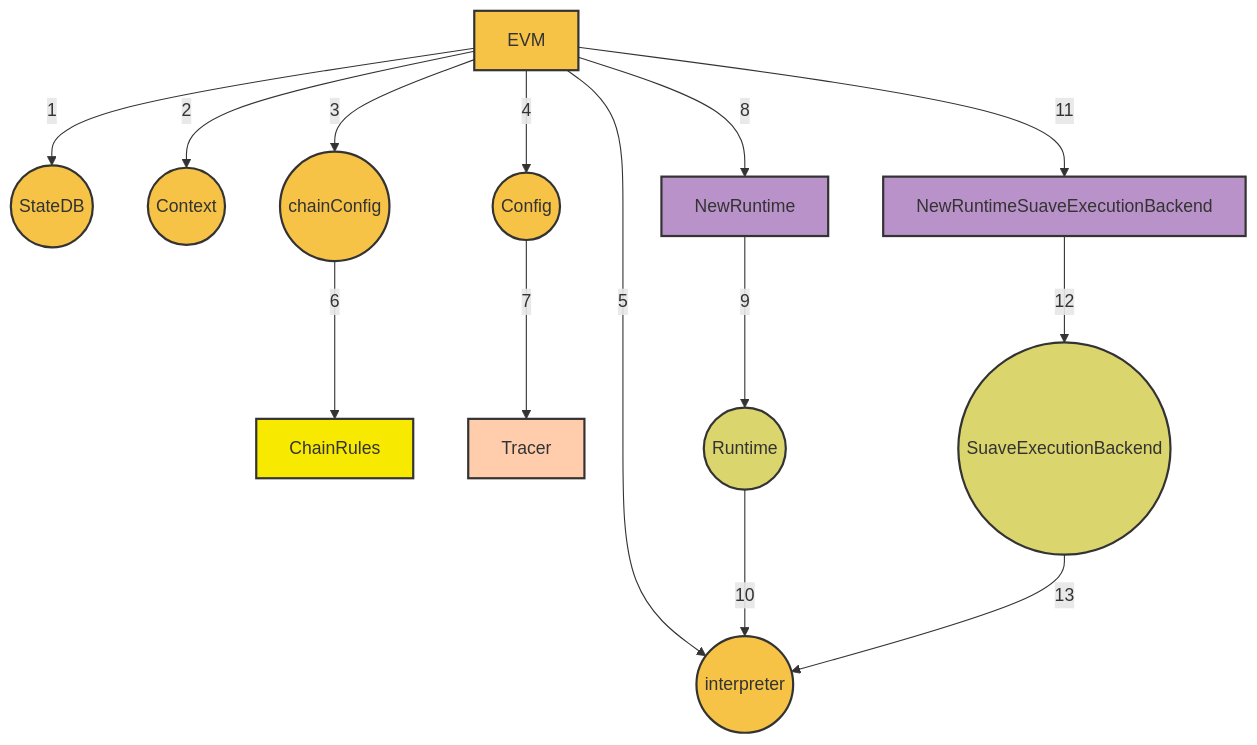
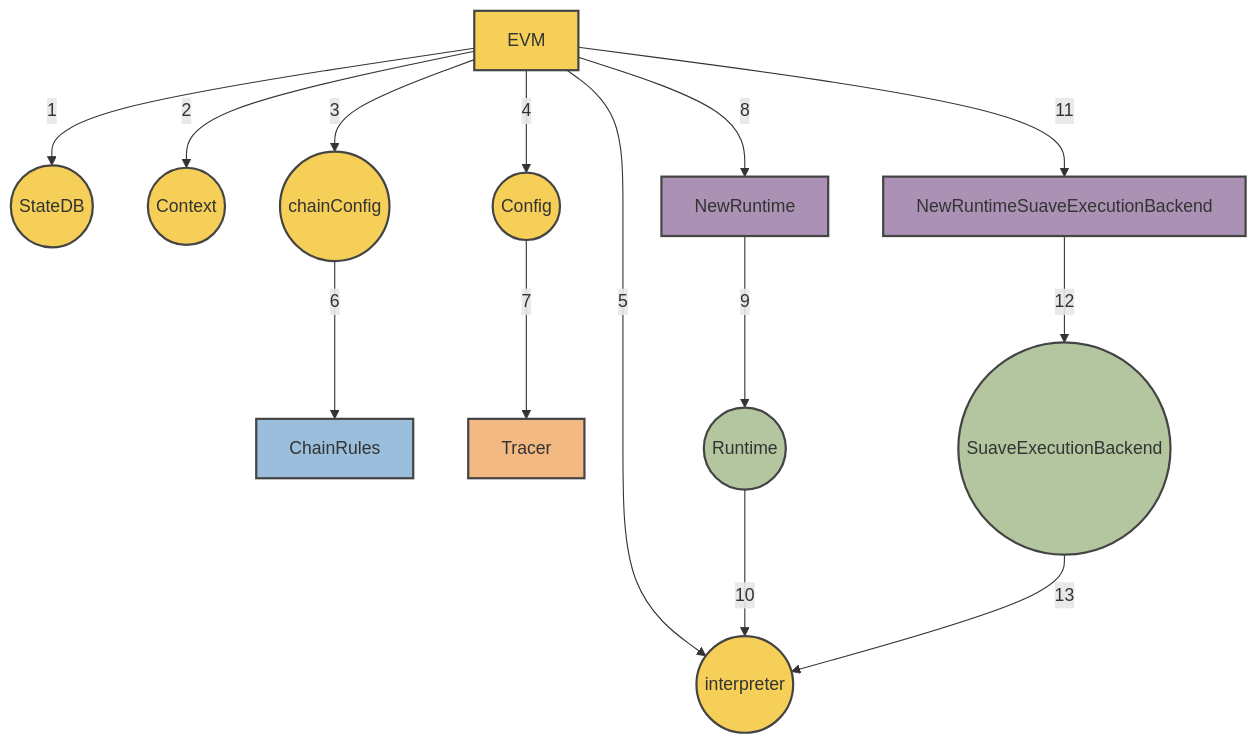
The diagram in suave/README.md (flashbots/suave-geth), drawn with Mermaid before and after one commit. The commit also changed other lines of this file and 1 other file, not shown here.

````diff
--- a/suave/README.md
+++ b/suave/README.md
@@ -112,30 +114,30 @@
 ```mermaid
 graph TB
     A[EVM]-->|1|B((StateDB))
     A-->|2|C((Context))
     A-->|3|D((chainConfig))
     A-->|4|E((Config))
     A-->|5|F((interpreter))
     D-->|6|R[ChainRules]
     E-->|7|S[Tracer]
     A-->|8|T[NewRuntime]
     T-->|9|Z((Runtime))
     Z-->|10|F
     A-->|11|U[NewRuntimeSuaveExecutionBackend]
     U-->|12|V((SuaveExecutionBackend))
     V-->|13|F
     class A,B,C,D,E,F yellow
     class G,H,I,J,K,L,M,N,O red
     class P,Q green
     class R blue
     class S orange
     class T,U purple
     class Z,V lightgreen
-    classDef yellow fill:#f6c347,stroke:#333,stroke-width:2px;
-    classDef red fill:#eaafa1,stroke:#333,stroke-width:2px;
-    classDef green fill:#96bb7c,stroke:#333,stroke-width:2px;
-    classDef blue fill:#f7ea00,stroke:#333,stroke-width:2px;
-    classDef orange fill:#ffcdab,stroke:#333,stroke-width:2px;
-    classDef purple fill:#b992c9,stroke:#333,stroke-width:2px;
-    classDef lightgreen fill:#dbd56e,stroke:#333,stroke-width:2px;
+    classDef yellow fill:#f5cf58,stroke:#444,stroke-width:2px;
+    classDef red fill:#d98686,stroke:#444,stroke-width:2px;
+    classDef green fill:#82a682,stroke:#444,stroke-width:2px;
+    classDef blue fill:#9abedc,stroke:#444,stroke-width:2px;
+    classDef orange fill:#f3b983,stroke:#444,stroke-width:2px;
+    classDef purple fill:#ab92b5,stroke:#444,stroke-width:2px;
+    classDef lightgreen fill:#b3c69f,stroke:#444,stroke-width:2px;
 ```
````
